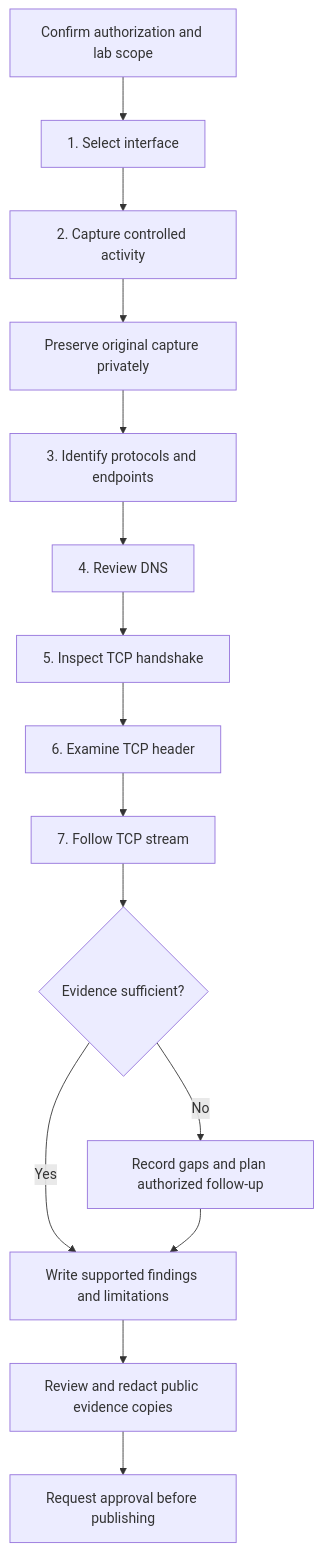
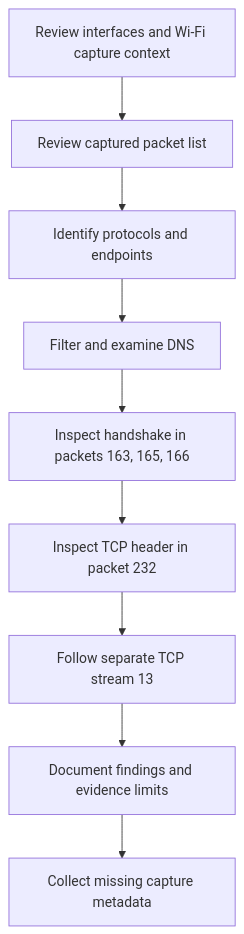
One commit to alaa819/aisop-network-traffic-investigation changed the diagram in case-files/CF-01-network-traffic-analysis/diagrams/investigation-flow.md. Above: the diagram before and after it, drawn with Mermaid. The commit also changed other lines of this file and 10 other files, not shown here.

````diff
--- a/case-files/CF-01-network-traffic-analysis/diagrams/investigation-flow.md
+++ b/case-files/CF-01-network-traffic-analysis/diagrams/investigation-flow.md
@@ -7,17 +7,11 @@
 ```mermaid
 flowchart TD
-    A[Confirm authorization and lab scope] --> B[1. Select interface]
-    B --> C[2. Capture controlled activity]
-    C --> D[Preserve original capture privately]
-    D --> E[3. Identify protocols and endpoints]
-    E --> F[4. Review DNS]
-    F --> G[5. Inspect TCP handshake]
-    G --> H[6. Examine TCP header]
-    H --> I[7. Follow TCP stream]
-    I --> J{Evidence sufficient?}
-    J -->|No| K[Record gaps and plan authorized follow-up]
-    J -->|Yes| L[Write supported findings and limitations]
-    K --> L
-    L --> M[Review and redact public evidence copies]
-    M --> N[Request approval before publishing]
+    A[Review interfaces and Wi-Fi capture context] --> B[Review captured packet list]
+    B --> C[Identify protocols and endpoints]
+    C --> D[Filter and examine DNS]
+    D --> E[Inspect handshake in packets 163, 165, 166]
+    E --> F[Inspect TCP header in packet 232]
+    F --> G[Follow separate TCP stream 13]
+    G --> H[Document findings and evidence limits]
+    H --> I[Collect missing capture metadata]
 ```
````
